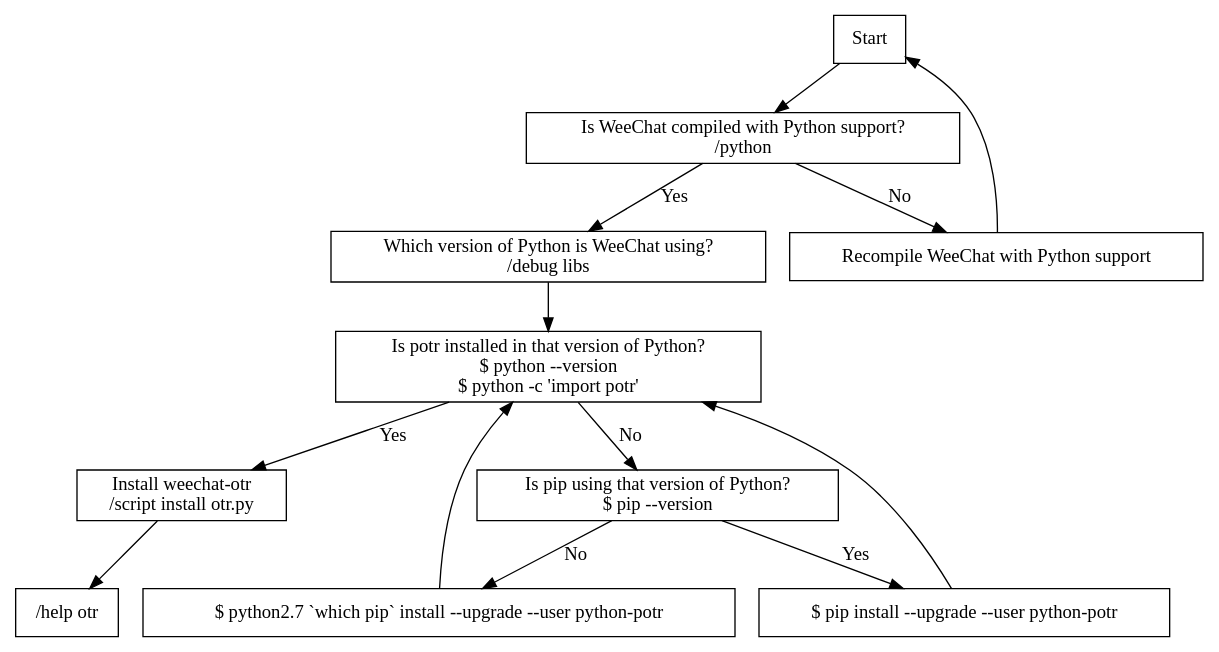
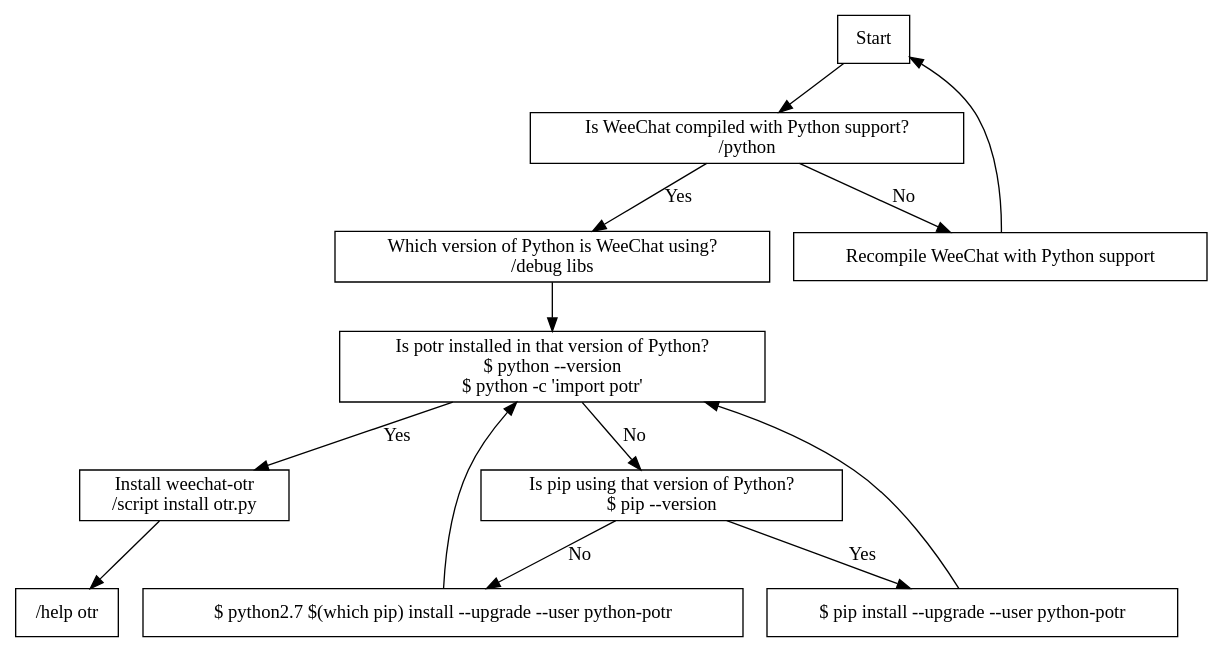
One commit to mmb/weechat-otr changed the diagram in doc/startup_troubleshooting.dot. Above: the diagram before and after it, drawn with Graphviz. The commit also changed 1 other file, not shown here.

```diff
--- a/doc/startup_troubleshooting.dot
+++ b/doc/startup_troubleshooting.dot
@@ -1,33 +1,33 @@
 digraph {
 start [shape=box, label="Start"];
 start -> python;
 
 python [shape=box, label="Is WeeChat compiled with Python support?\n/python"];
 python -> python_version [label="Yes"];
 python -> recompile [label="No"];
 
 python_version [shape=box, label="Which version of Python is WeeChat using?\n/debug libs"];
 python_version -> potr_installed;
 
 recompile [shape=box, label="Recompile WeeChat with Python support"];
 recompile -> start;
 
 potr_installed [shape=box, label="Is potr installed in that version of Python?\n$ python --version\n$ python -c 'import potr'"];
 potr_installed -> script [label="Yes"];
 potr_installed -> pip_python [label="No"];
 
 script [shape=box, label="Install weechat-otr\n/script install otr.py"];
 script -> help;
 
 pip_python [shape="box", label="Is pip using that version of Python?\n$ pip --version"];
 pip_python -> install_potr [label="Yes"];
 pip_python -> pip_version [label="No"];
 
 install_potr [shape=box, label="$ pip install --upgrade --user python-potr"];
 install_potr -> potr_installed;
 
-pip_version [shape=box, label="$ python2.7 `which pip` install --upgrade --user python-potr"];
+pip_version [shape=box, label="$ python2.7 $(which pip) install --upgrade --user python-potr"];
 pip_version -> potr_installed;
 
 help [shape=box, label="/help otr"];
 }
```
